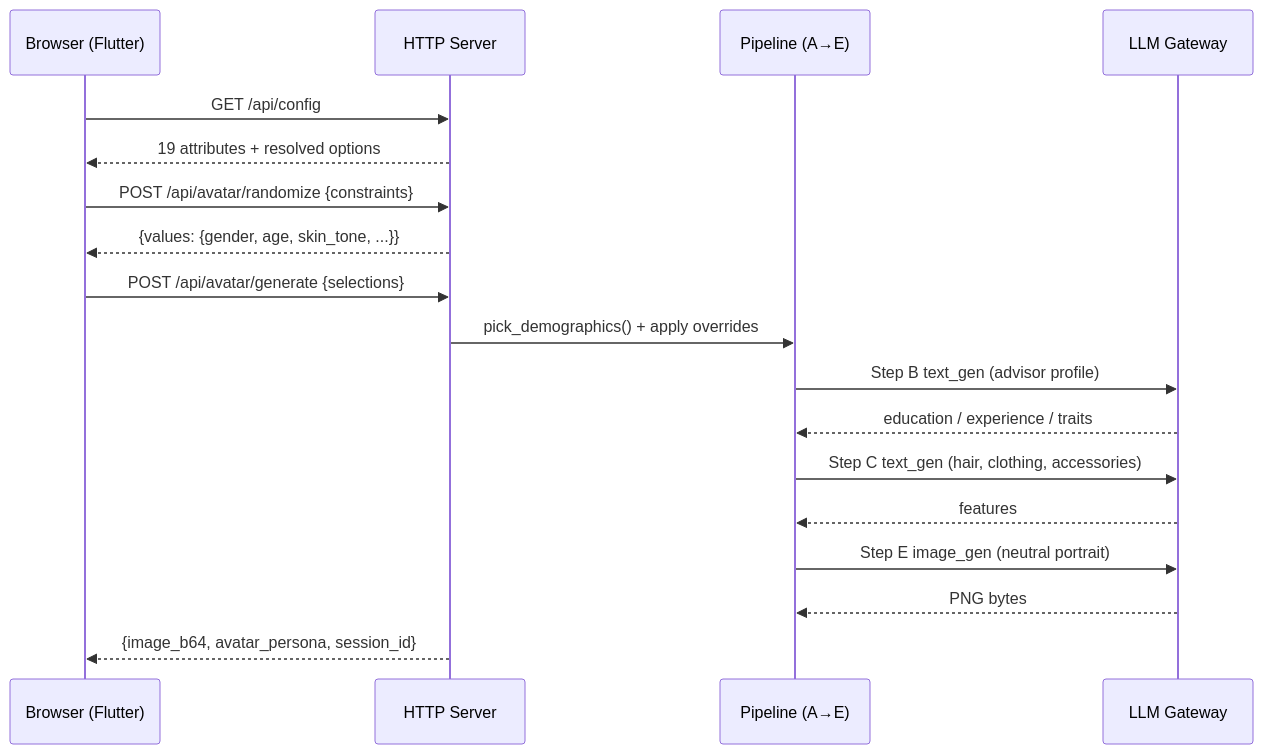
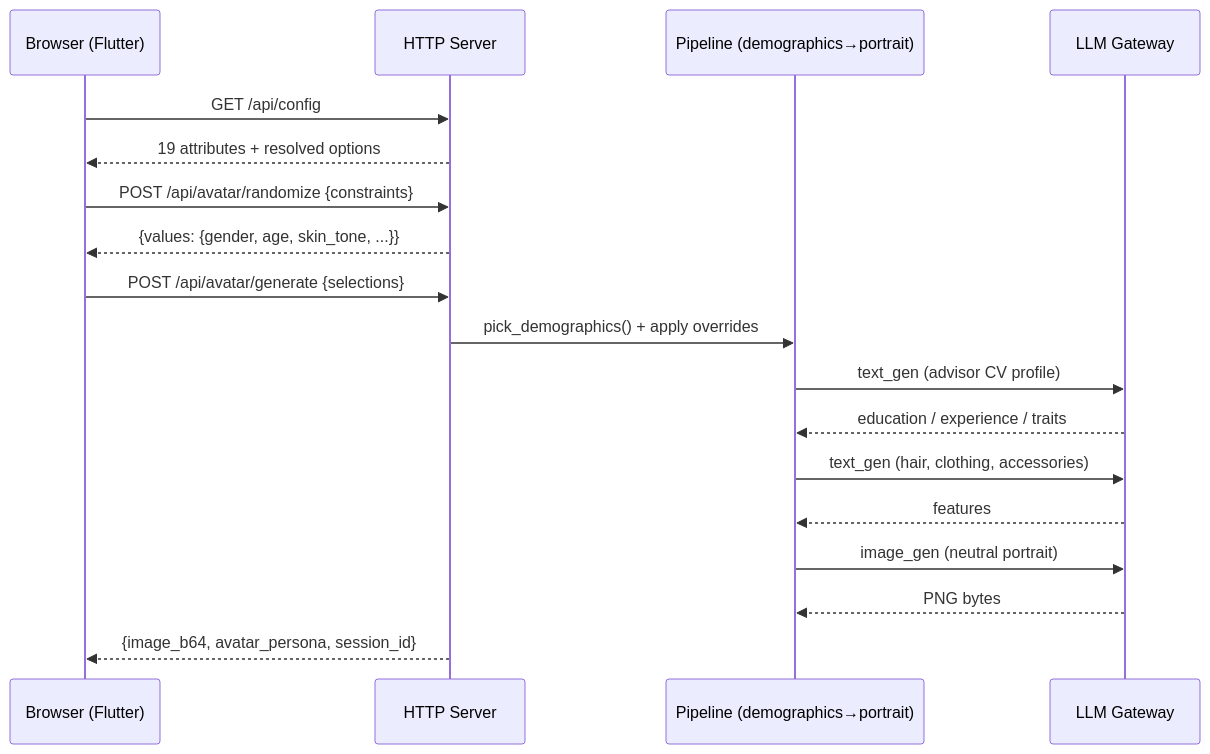
Before and after one commit to E-Brons/avatar-studio: the first of 2 diagrams in docs/software/avatar_studio.md, drawn with Mermaid. The commit also changed other lines of this file and 35 other files, not shown here.

````diff
--- a/docs/software/avatar_studio.md
+++ b/docs/software/avatar_studio.md
@@ -145,23 +145,23 @@
 ```mermaid
 sequenceDiagram
     participant B as Browser (Flutter)
     participant S as HTTP Server
-    participant P as Pipeline (A→E)
+    participant P as Pipeline (demographics→portrait)
     participant G as LLM Gateway
 
     B->>S: GET /api/config
     S-->>B: 19 attributes + resolved options
 
     B->>S: POST /api/avatar/randomize {constraints}
     S-->>B: {values: {gender, age, skin_tone, ...}}
 
     B->>S: POST /api/avatar/generate {selections}
     S->>P: pick_demographics() + apply overrides
-    P->>G: Step B text_gen (advisor profile)
+    P->>G: text_gen (advisor CV profile)
     G-->>P: education / experience / traits
-    P->>G: Step C text_gen (hair, clothing, accessories)
+    P->>G: text_gen (hair, clothing, accessories)
     G-->>P: features
-    P->>G: Step E image_gen (neutral portrait)
+    P->>G: image_gen (neutral portrait)
     G-->>P: PNG bytes
     S-->>B: {image_b64, avatar_persona, session_id}
 ```
````
